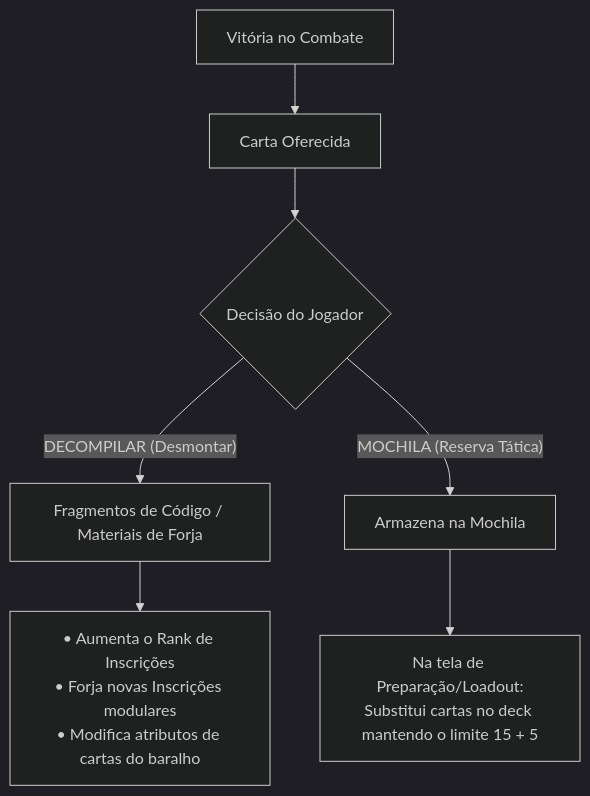
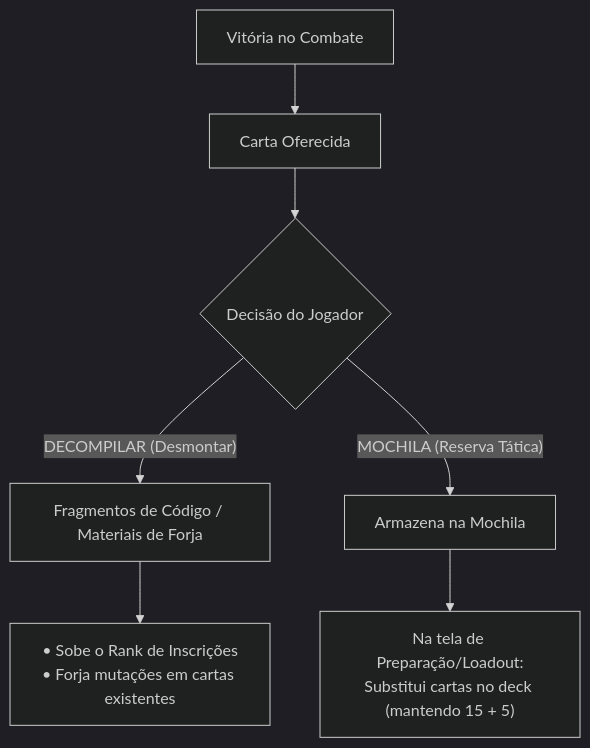
Before and after one commit to GuiMayer/HeroScript: the fourth of 4 diagrams in docs/design/DIRECIONAMENTO_HEROSCRIPT.md, drawn with Mermaid (dark theme). The commit also changed other lines of this file, not shown here.

````diff
--- a/docs/design/DIRECIONAMENTO_HEROSCRIPT.md
+++ b/docs/design/DIRECIONAMENTO_HEROSCRIPT.md
@@ -147,11 +154,11 @@
 ```mermaid
 flowchart TD
     Vitoria["Vitória no Combate"] --> Drop["Carta Oferecida"]
     Drop --> Decisao{"Decisão do Jogador"}
     
     Decisao -->|"DECOMPILAR (Desmontar)"| Recurso["Fragmentos de Código / Materiais de Forja"]
-    Recurso --> Upgrades["• Aumenta o Rank de Inscrições<br/>• Forja novas Inscrições modulares<br/>• Modifica atributos de cartas do baralho"]
+    Recurso --> Upgrades["• Sobe o Rank de Inscrições<br/>• Forja mutações em cartas existentes"]
     
     Decisao -->|"MOCHILA (Reserva Tática)"| Mochila["Armazena na Mochila"]
-    Mochila --> Sideboard["Na tela de Preparação/Loadout:<br/>Substitui cartas no deck mantendo o limite 15 + 5"]
+    Mochila --> Sideboard["Na tela de Preparação/Loadout:<br/>Substitui cartas no deck (mantendo 15 + 5)"]
 ```
````
